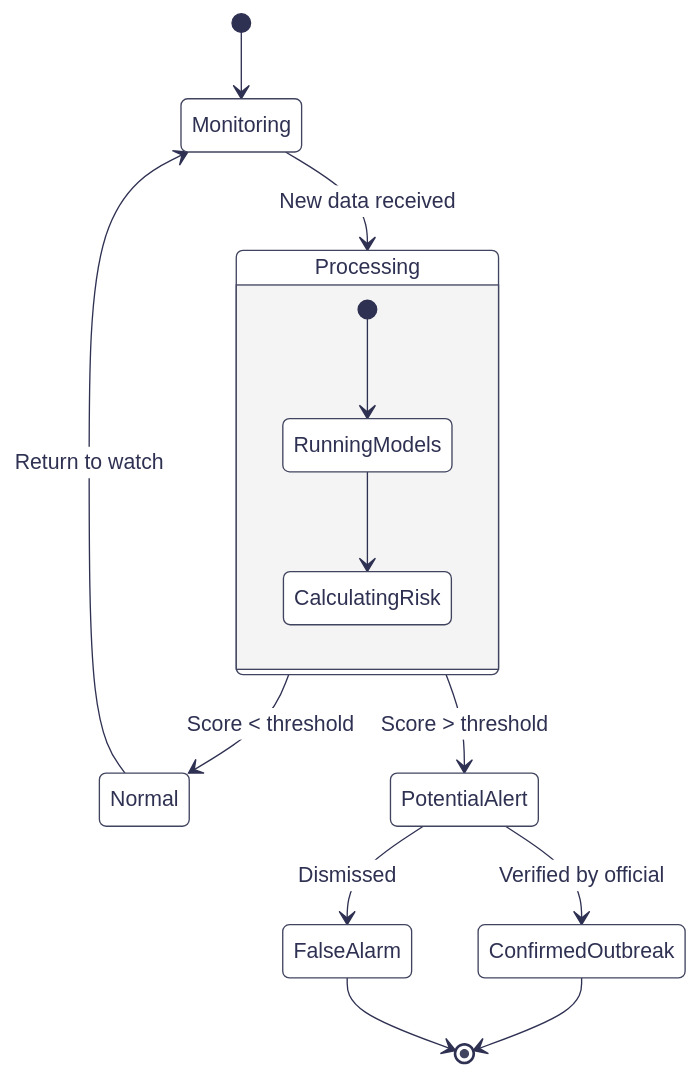
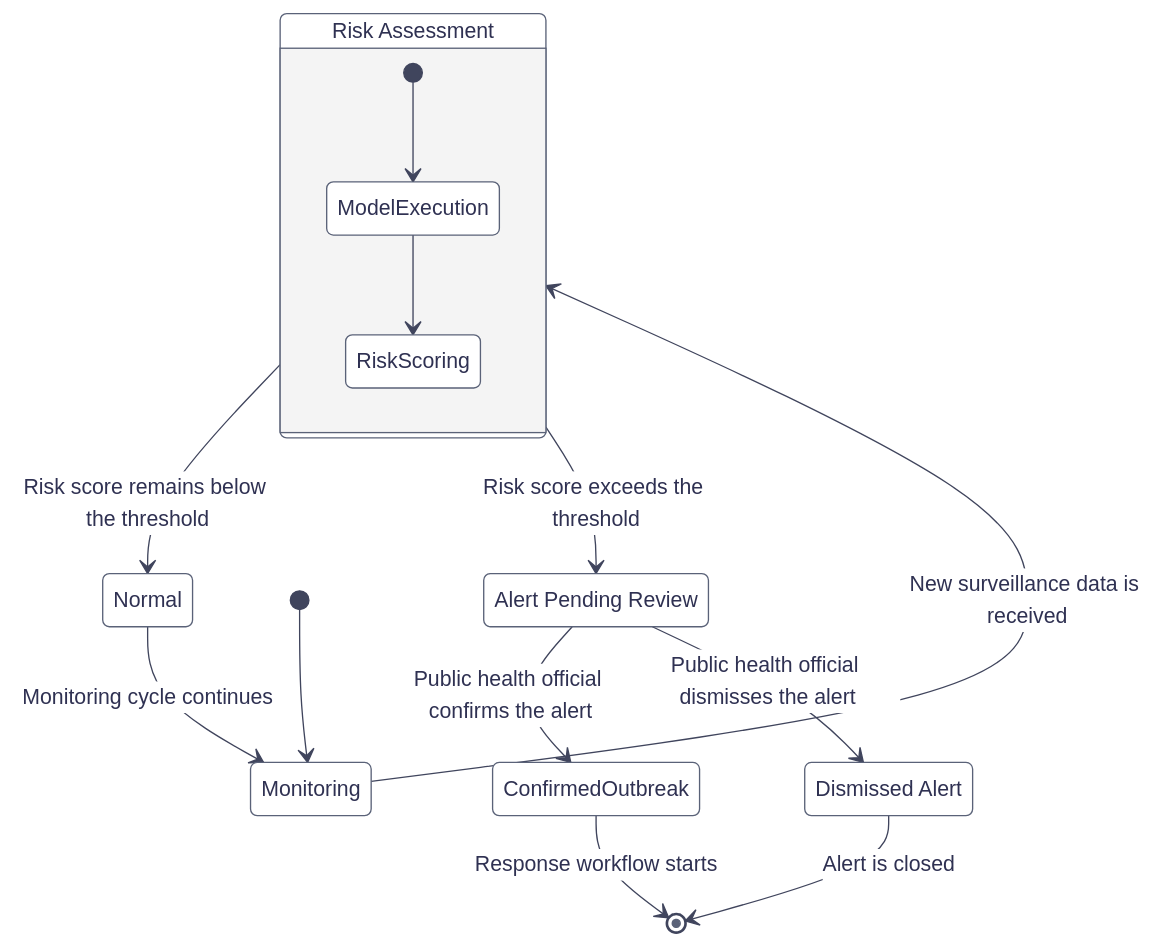
One commit to solomon-spec/NVOMS changed the diagram in documentation/assets/diagrams/mermaid/figure-3-12-state-outbreak-alert-logic.mmd. Above: the diagram before and after it, drawn with Mermaid. The commit also changed 31 other files, not shown here.

Commit message:
fix: improve the diagrams

```diff
--- a/documentation/assets/diagrams/mermaid/figure-3-12-state-outbreak-alert-logic.mmd
+++ b/documentation/assets/diagrams/mermaid/figure-3-12-state-outbreak-alert-logic.mmd
@@ -1,26 +1,28 @@
 %%{init: {
   "theme": "base",
   "themeVariables": {
     "primaryColor": "#ffffff",
-    "primaryBorderColor": "#41445f",
+    "primaryBorderColor": "#5a6278",
     "primaryTextColor": "#2f3152",
-    "tertiaryColor": "#f4f6ff",
-    "lineColor": "#2f3152",
+    "tertiaryColor": "#eef4ff",
+    "lineColor": "#40455d",
     "fontFamily": "Arial, Helvetica, sans-serif"
   }
 }}%%
 stateDiagram-v2
     direction TB
+    state "Risk Assessment" as RiskAssessment {
+        [*] --> ModelExecution
+        ModelExecution --> RiskScoring
+    }
+    state "Alert Pending Review" as AlertPendingReview
+    state "Dismissed Alert" as DismissedAlert
     [*] --> Monitoring
-    Monitoring --> Processing: New data received
-    state Processing {
-        [*] --> RunningModels
-        RunningModels --> CalculatingRisk
-    }
-    Processing --> Normal: Score < threshold
-    Processing --> PotentialAlert: Score > threshold
-    PotentialAlert --> ConfirmedOutbreak: Verified by official
-    PotentialAlert --> FalseAlarm: Dismissed
-    Normal --> Monitoring: Return to watch
-    ConfirmedOutbreak --> [*]
-    FalseAlarm --> [*]
+    Monitoring --> RiskAssessment: New surveillance data is received
+    RiskAssessment --> Normal: Risk score remains below the threshold
+    RiskAssessment --> AlertPendingReview: Risk score exceeds the threshold
+    AlertPendingReview --> ConfirmedOutbreak: Public health official confirms the alert
+    AlertPendingReview --> DismissedAlert: Public health official dismisses the alert
+    Normal --> Monitoring: Monitoring cycle continues
+    ConfirmedOutbreak --> [*]: Response workflow starts
+    DismissedAlert --> [*]: Alert is closed
```
